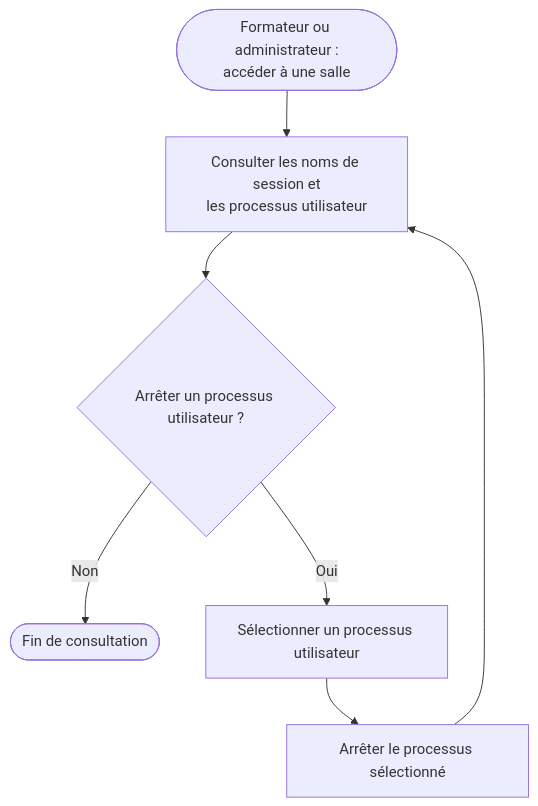
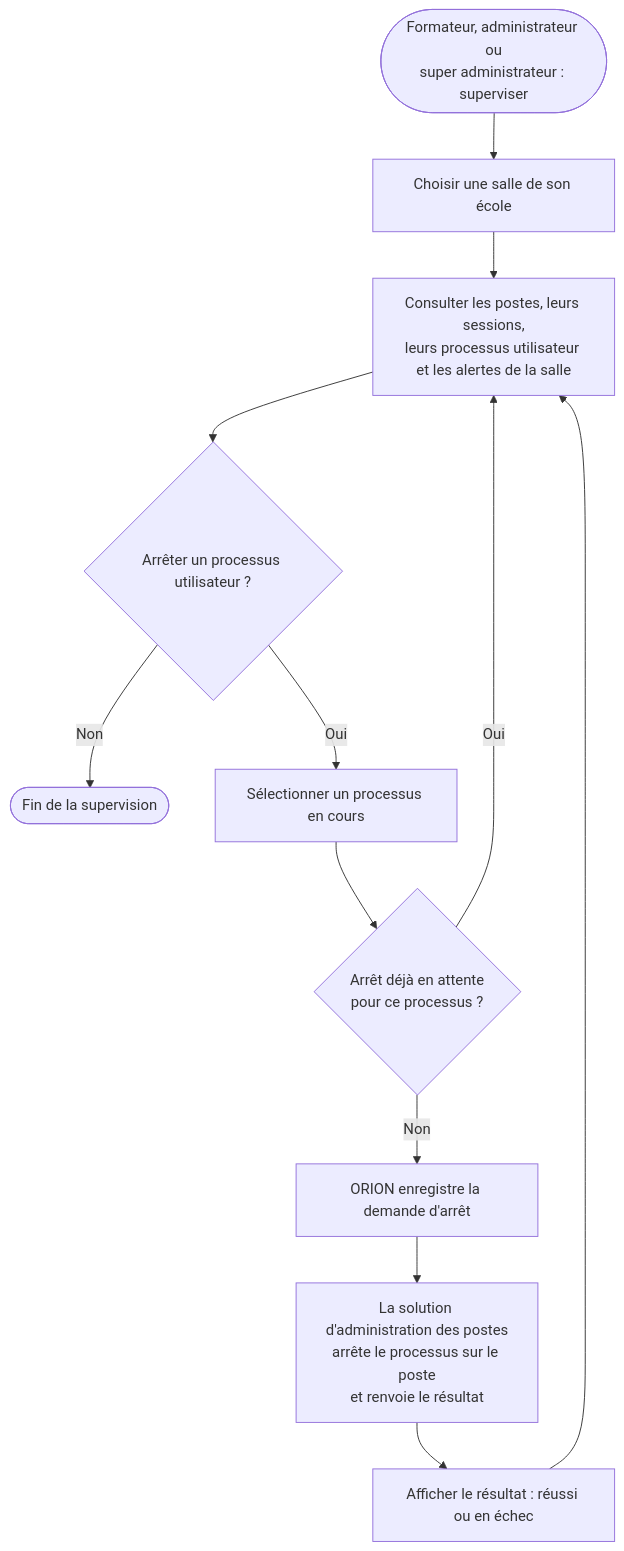
Before and after one commit to bpierrelouis/aster: the fifth of 10 diagrams in docs/02-ANALYSE/01-MODELISATION-METIER/07-DIAGRAMMES-ACTIVITE.md, drawn with Mermaid. The commit also changed other lines of this file and 4 other files, not shown here.

First line of the commit message:
docs(modelisation): mettre à jour les diagrammes de contexte et d'activité

````diff
--- a/docs/02-ANALYSE/01-MODELISATION-METIER/07-DIAGRAMMES-ACTIVITE.md
+++ b/docs/02-ANALYSE/01-MODELISATION-METIER/07-DIAGRAMMES-ACTIVITE.md
@@ -51,9 +92,14 @@
 ```mermaid
 flowchart TD
-    debut(["Formateur ou administrateur :<br/>accéder à une salle"]) --> consulter["Consulter les noms de session et<br/>les processus utilisateur"]
+    debut(["Formateur, administrateur ou<br/>super administrateur : superviser"]) --> salle["Choisir une salle de son école"]
+    salle --> consulter["Consulter les postes, leurs sessions,<br/>leurs processus utilisateur et les alertes de la salle"]
     consulter --> arret{"Arrêter un processus utilisateur ?"}
-    arret -->|"Non"| fin(["Fin de consultation"])
-    arret -->|"Oui"| selection["Sélectionner un processus utilisateur"]
-    selection --> action["Arrêter le processus sélectionné"]
-    action --> consulter
+    arret -->|"Non"| fin(["Fin de la supervision"])
+    arret -->|"Oui"| selection["Sélectionner un processus en cours"]
+    selection --> attente{"Arrêt déjà en attente<br/>pour ce processus ?"}
+    attente -->|"Oui"| consulter
+    attente -->|"Non"| demande["ORION enregistre la demande d'arrêt"]
+    demande --> execution["La solution d'administration des postes<br/>arrête le processus sur le poste<br/>et renvoie le résultat"]
+    execution --> resultat["Afficher le résultat : réussi ou en échec"]
+    resultat --> consulter
 ```
````
